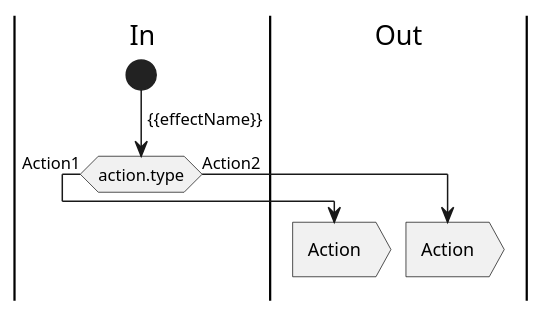
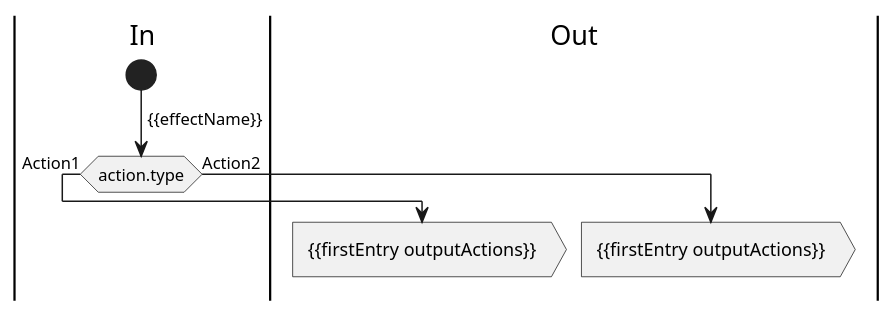
Before and after one commit to zalari/ngrx-utils: the diagram in src/bin/templates/normalizer-transformer.puml, drawn with PlantUML. The commit also changed 6 other files, not shown here.

Commit message:
add firstEntry hbs helper and adjust templates to use it for the time being

```diff
--- a/src/bin/templates/normalizer-transformer.puml
+++ b/src/bin/templates/normalizer-transformer.puml
@@ -1,12 +1,12 @@
 @startuml
 |In|
 start
 -> {{effectName}};
 if (action.type) then (Action1)
   |Out|
-  :Action>
+  :{{firstEntry outputActions}}>
 else (Action2)
-  :Action>
+  :{{firstEntry outputActions}}>
 endif
 detach
 @enduml
```
